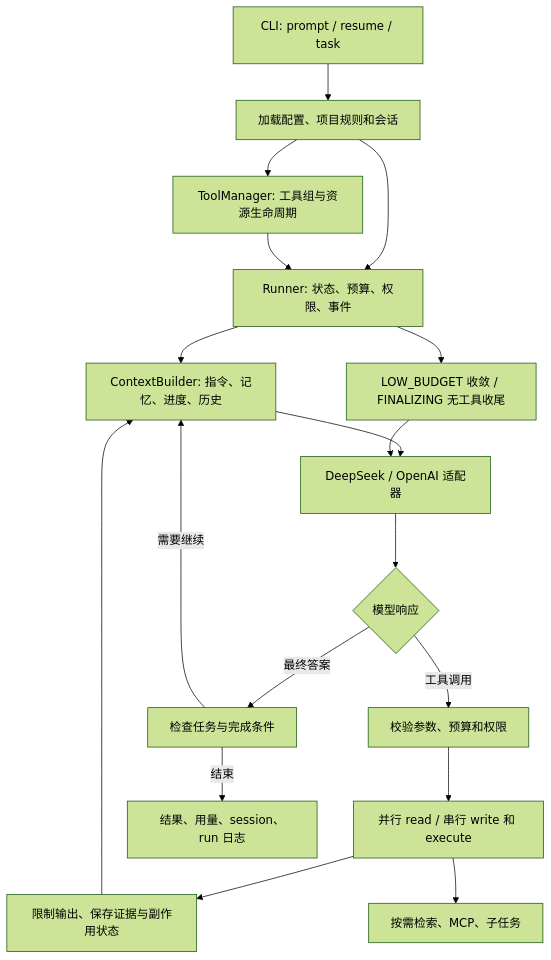
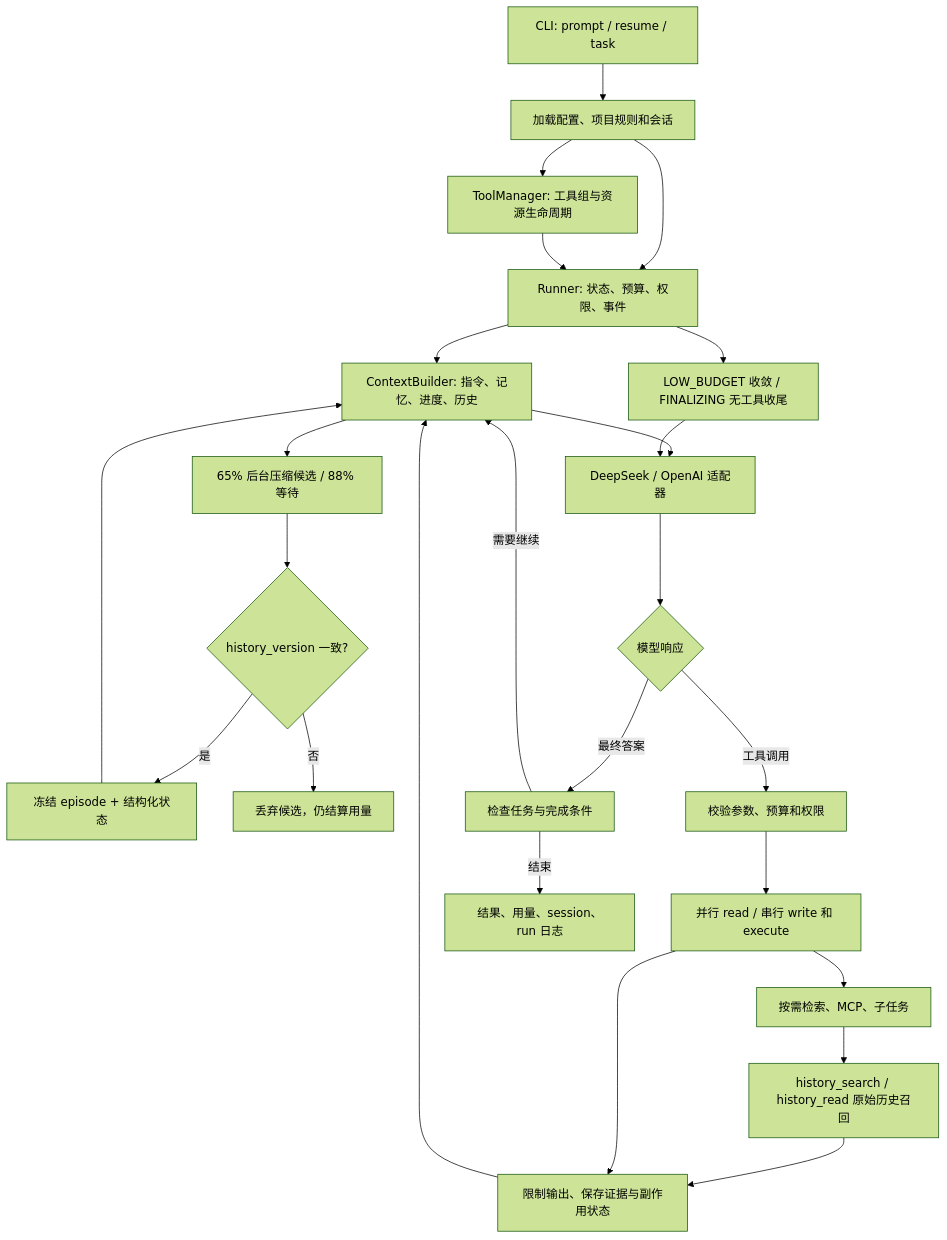
Before and after one commit to Huangsj1/ajAgent: the diagram in docs/architecture.md, drawn with Mermaid (forest theme). The commit also changed other lines of this file and 22 other files, not shown here.

````diff
--- a/docs/architecture.md
+++ b/docs/architecture.md
@@ -3,20 +3,27 @@
 ```mermaid
 flowchart TD
     U[CLI: prompt / resume / task] --> C[加载配置、项目规则和会话]
     C --> T[ToolManager: 工具组与资源生命周期]
     C --> R[Runner: 状态、预算、权限、事件]
     T --> R
     R --> B[ContextBuilder: 指令、记忆、进度、历史]
     B --> M[DeepSeek / OpenAI 适配器]
+    B --> SC[65% 后台压缩候选 / 88% 等待]
+    SC --> VC{history_version 一致?}
+    VC -->|是| EP[冻结 episode + 结构化状态]
+    VC -->|否| DROP[丢弃候选，仍结算用量]
+    EP --> B
+    S --> HR[history_search / history_read 原始历史召回]
+    HR --> O
     M --> D{模型响应}
     D -->|工具调用| P[校验参数、预算和权限]
     P --> X[并行 read / 串行 write 和 execute]
     X --> O[限制输出、保存证据与副作用状态]
     O --> B
     X --> S[按需检索、MCP、子任务]
     D -->|最终答案| V[检查任务与完成条件]
     V -->|需要继续| B
     V -->|结束| F[结果、用量、session、run 日志]
     R --> Q[LOW_BUDGET 收敛 / FINALIZING 无工具收尾]
     Q --> M
 ```
````
